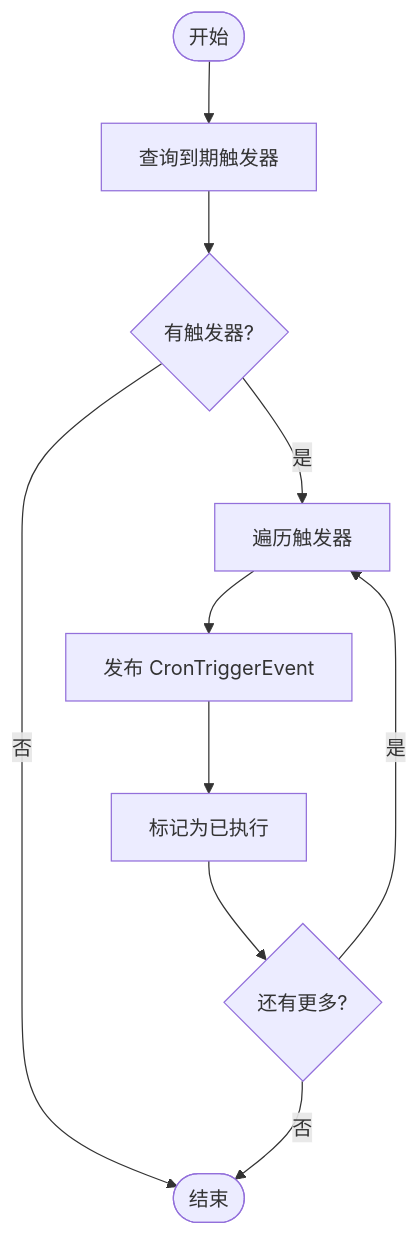
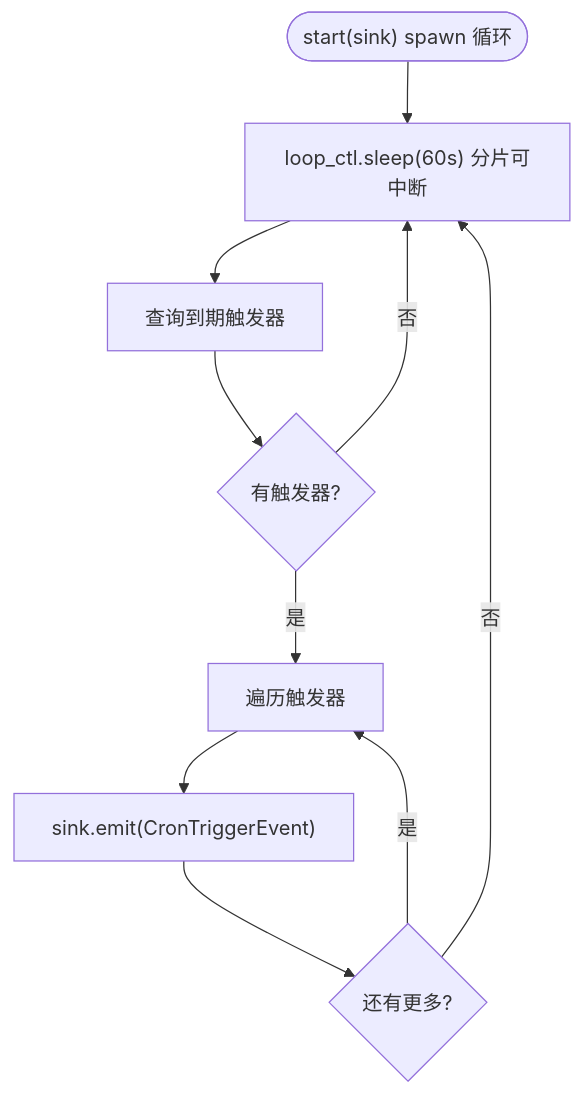
Before and after one commit to runningcoders/ai_orz: the third of 6 diagrams in docs/wiki/zh/content/核心模块/AOP 事件系统/生产者机制.md, drawn with Mermaid. The commit also changed other lines of this file and 37 other files, not shown here.

````diff
--- a/docs/wiki/zh/content/核心模块/AOP 事件系统/生产者机制.md
+++ b/docs/wiki/zh/content/核心模块/AOP 事件系统/生产者机制.md
@@ -129,12 +146,12 @@
 ```mermaid
-flowchart TD
-Start(["开始"]) --> GetTriggers["查询到期触发器"]
+graph TB
+Start(["start(sink) spawn 循环"]) --> Sleep["loop_ctl.sleep(60s) 分片可中断"]
+Sleep --> GetTriggers["查询到期触发器"]
 GetTriggers --> Has{"有触发器?"}
-Has -- 否 --> End(["结束"])
+Has -- 否 --> Sleep
 Has -- 是 --> ForEach["遍历触发器"]
-ForEach --> Publish["发布 CronTriggerEvent"]
-Publish --> MarkExec["标记为已执行"]
-MarkExec --> Next{"还有更多?"}
+ForEach --> Publish["sink.emit(CronTriggerEvent)"]
+Publish --> Next{"还有更多?"}
 Next -- 是 --> ForEach
-Next -- 否 --> End
+Next -- 否 --> Sleep
 ```
````
